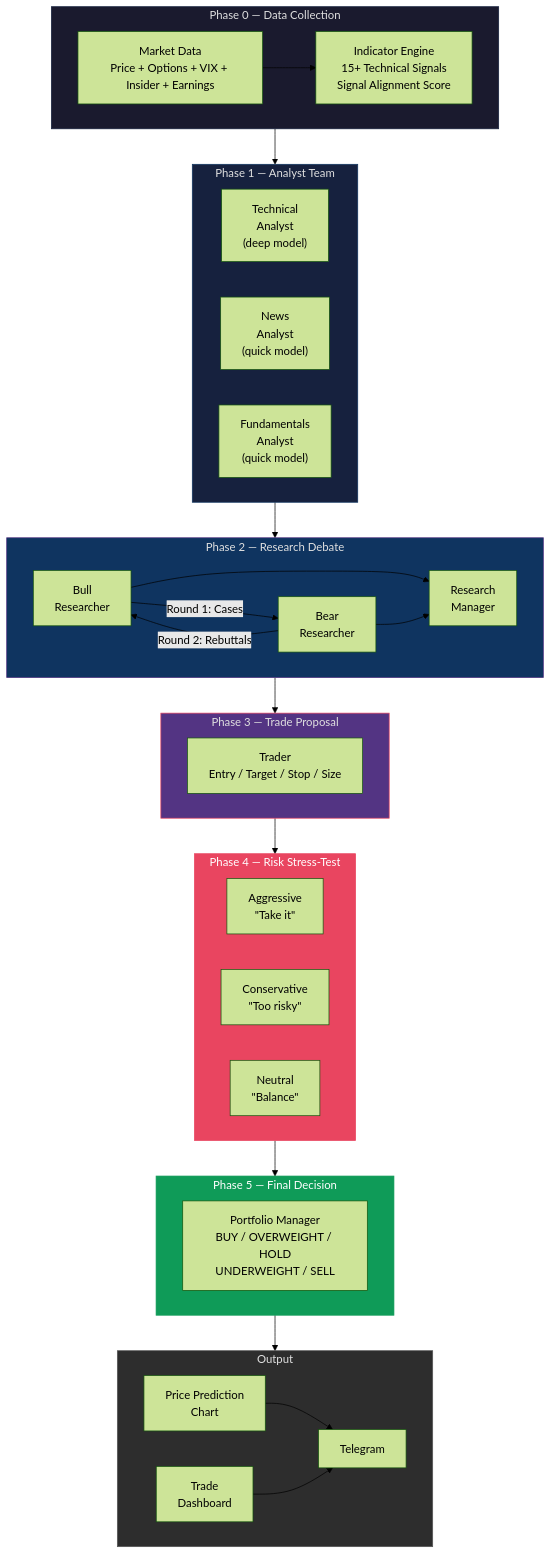
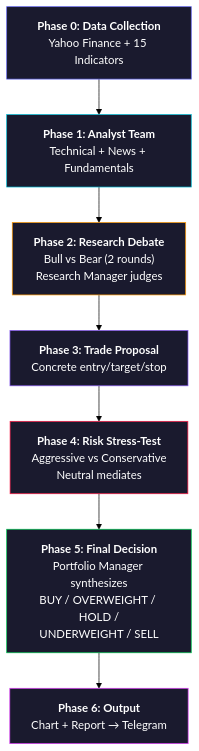
The diagram in README.md (Zhaor3/DayTradeAgents), drawn with Mermaid (forest theme) before and after one commit. The commit also changed other lines of this file and 3 other files, not shown here.

First line of the commit message:
Redesign README with hero banner, demo screenshots, and Mermaid diagram

````diff
--- a/README.md
+++ b/README.md
@@ -33,63 +68,17 @@
 ```mermaid
-flowchart TB
-    subgraph phase0["Phase 0 &mdash; Data Collection"]
-        DATA["Market Data\nPrice + Options + VIX + Insider + Earnings"]
-        IND["Indicator Engine\n15+ Technical Signals\nSignal Alignment Score"]
-        DATA --> IND
-    end
+graph TD
+    A["<b>Phase 0: Data Collection</b><br/>Yahoo Finance + 15 Indicators"] --> B["<b>Phase 1: Analyst Team</b><br/>Technical + News + Fundamentals"]
+    B --> C["<b>Phase 2: Research Debate</b><br/>Bull vs Bear (2 rounds)<br/>Research Manager judges"]
+    C --> D["<b>Phase 3: Trade Proposal</b><br/>Concrete entry/target/stop"]
+    D --> E["<b>Phase 4: Risk Stress-Test</b><br/>Aggressive vs Conservative<br/>Neutral mediates"]
+    E --> F["<b>Phase 5: Final Decision</b><br/>Portfolio Manager synthesizes<br/>BUY / OVERWEIGHT / HOLD /<br/>UNDERWEIGHT / SELL"]
+    F --> G["<b>Phase 6: Output</b><br/>Chart + Report → Telegram"]
 
-    subgraph phase1["Phase 1 &mdash; Analyst Team"]
-        direction LR
-        TA["Technical\nAnalyst\n(deep model)"]
-        NA["News\nAnalyst\n(quick model)"]
-        FA["Fundamentals\nAnalyst\n(quick model)"]
-    end
-
-    subgraph phase2["Phase 2 &mdash; Research Debate"]
-        BULL["Bull\nResearcher"]
-        BEAR["Bear\nResearcher"]
-        BULL -- "Round 1: Cases" --> BEAR
-        BEAR -- "Round 2: Rebuttals" --> BULL
-        BULL --> RM["Research\nManager"]
-        BEAR --> RM
-    end
-
-    subgraph phase3["Phase 3 &mdash; Trade Proposal"]
-        TRADER["Trader\nEntry / Target / Stop / Size"]
-    end
-
-    subgraph phase4["Phase 4 &mdash; Risk Stress-Test"]
-        direction LR
-        AGG["Aggressive\n&quot;Take it&quot;"]
-        CON["Conservative\n&quot;Too risky&quot;"]
-        NEU["Neutral\n&quot;Balance&quot;"]
-    end
-
-    subgraph phase5["Phase 5 &mdash; Final Decision"]
-        PM["Portfolio Manager\nBUY / OVERWEIGHT / HOLD\nUNDERWEIGHT / SELL"]
-    end
-
-    subgraph output["Output"]
-        direction LR
-        CHART["Price Prediction\nChart"]
-        REPORT["Trade\nDashboard"]
-        TG["Telegram"]
-        CHART --> TG
-        REPORT --> TG
-    end
-
-    phase0 --> phase1
-    phase1 --> phase2
-    phase2 --> phase3
-    phase3 --> phase4
-    phase4 --> phase5
-    phase5 --> output
-
-    style phase0 fill:#1a1a2e,stroke:#16213e,color:#e0e0e0
-    style phase1 fill:#16213e,stroke:#0f3460,color:#e0e0e0
-    style phase2 fill:#0f3460,stroke:#533483,color:#e0e0e0
-    style phase3 fill:#533483,stroke:#e94560,color:#e0e0e0
-    style phase4 fill:#e94560,stroke:#e94560,color:#ffffff
-    style phase5 fill:#0f9b58,stroke:#0f9b58,color:#ffffff
-    style output fill:#2d2d2d,stroke:#555,color:#e0e0e0
+    style A fill:#1a1a2e,stroke:#6366f1,color:#fff
+    style B fill:#1a1a2e,stroke:#00BCD4,color:#fff
+    style C fill:#1a1a2e,stroke:#FF9800,color:#fff
+    style D fill:#1a1a2e,stroke:#8b5cf6,color:#fff
+    style E fill:#1a1a2e,stroke:#FF1744,color:#fff
+    style F fill:#1a1a2e,stroke:#00C853,color:#fff
+    style G fill:#1a1a2e,stroke:#E040FB,color:#fff
 ```
````
